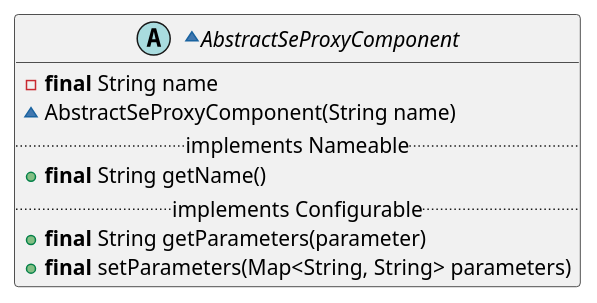
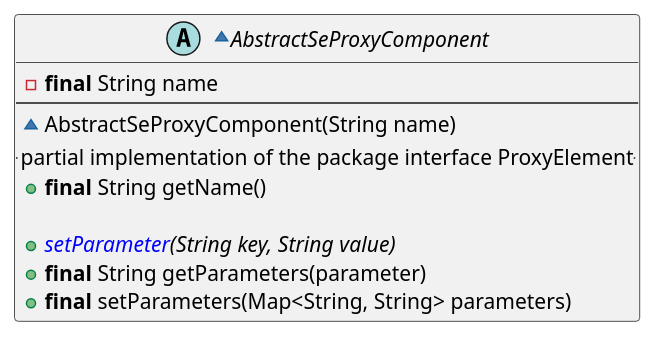
Diagram 16 of 26 in src/KeypleCoreApi/PluginApi/puml/KeypleCore-PluginApi-ClassDiag-SE_Proxy-ClassElements.iuml (calypsonet/keyple), drawn with PlantUML before and after one commit. The commit also changed other lines of this file and 19 other files, not shown here.

```diff
--- a/src/KeypleCoreApi/PluginApi/puml/KeypleCore-PluginApi-ClassDiag-SE_Proxy-ClassElements.iuml
+++ b/src/KeypleCoreApi/PluginApi/puml/KeypleCore-PluginApi-ClassDiag-SE_Proxy-ClassElements.iuml
@@ -292,11 +293,13 @@
 @startuml(id=PLUGIN_CONFIGURABLE_0_9)
 ~abstract AbstractSeProxyComponent {
   -<b>final</b> String name
+  --
   ~AbstractSeProxyComponent(String name)
-  .. implements Nameable ..
+  .. partial implementation of the package interface ProxyElement ..
   +<b>final</b> String getName()
-  .. implements Configurable ..
+
+  +{abstract} <color:blue>setParameter</color>(String key, String value)
   +<b>final</b> String getParameters(parameter)
   +<b>final</b> setParameters(Map<String, String> parameters)
 }
 @enduml
```
